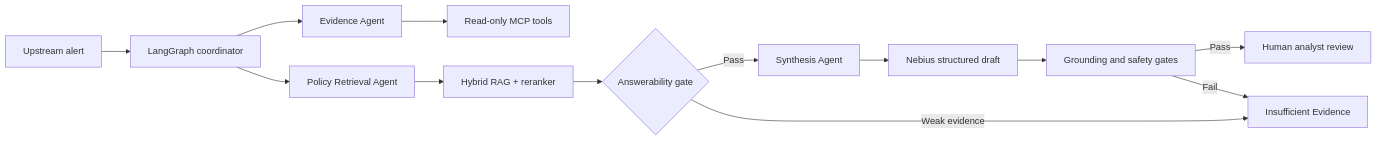
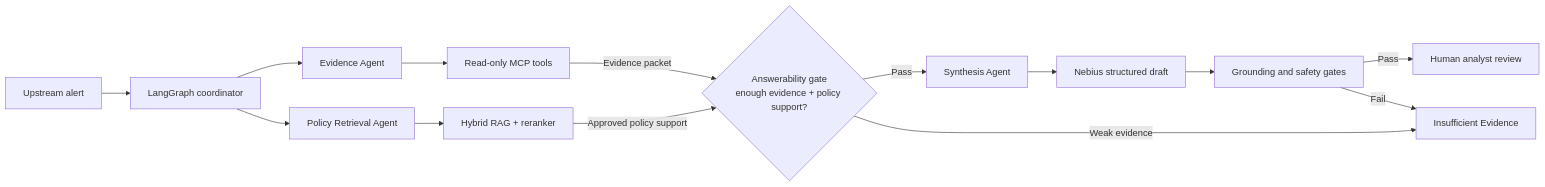
One commit to sharath-dandamudi/meridian-payment-scam-review-copilot changed the diagram in README.md. Above: the diagram before and after it, drawn with Mermaid.

Commit message:
Clarify answerability gate inputs

````diff
--- a/README.md
+++ b/README.md
@@ -21,15 +21,16 @@
 ```mermaid
 flowchart LR
     A[Upstream alert] --> B[LangGraph coordinator]
     B --> C[Evidence Agent]
     C --> D[Read-only MCP tools]
+    D -->|Evidence packet| G{Answerability gate<br/>enough evidence + policy support?}
     B --> E[Policy Retrieval Agent]
     E --> F[Hybrid RAG + reranker]
-    F --> G{Answerability gate}
+    F -->|Approved policy support| G
     G -->|Pass| H[Synthesis Agent]
     G -->|Weak evidence| I[Insufficient Evidence]
     H --> J[Nebius structured draft]
     J --> K[Grounding and safety gates]
     K -->|Pass| L[Human analyst review]
     K -->|Fail| I
 ```
````
